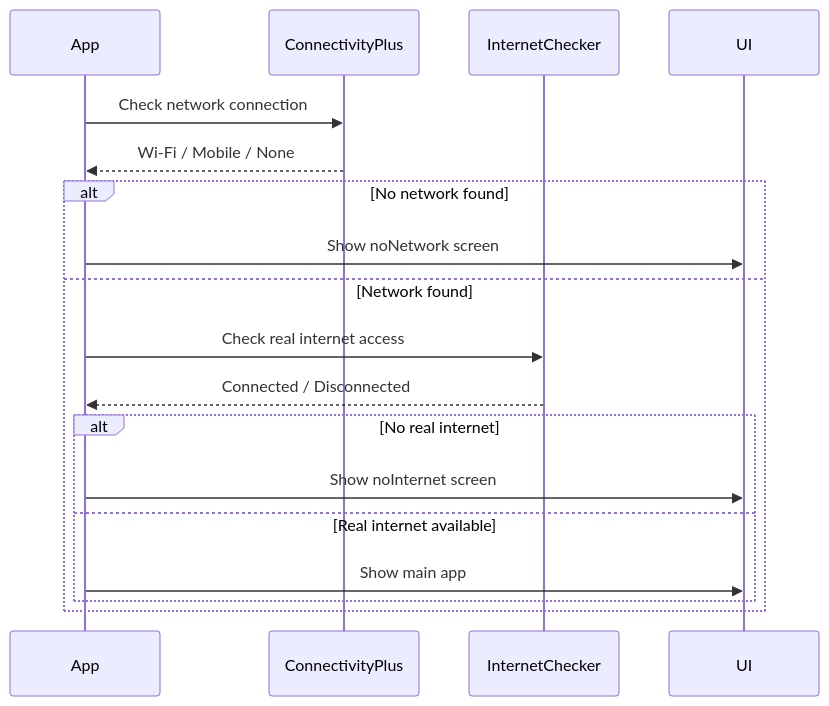
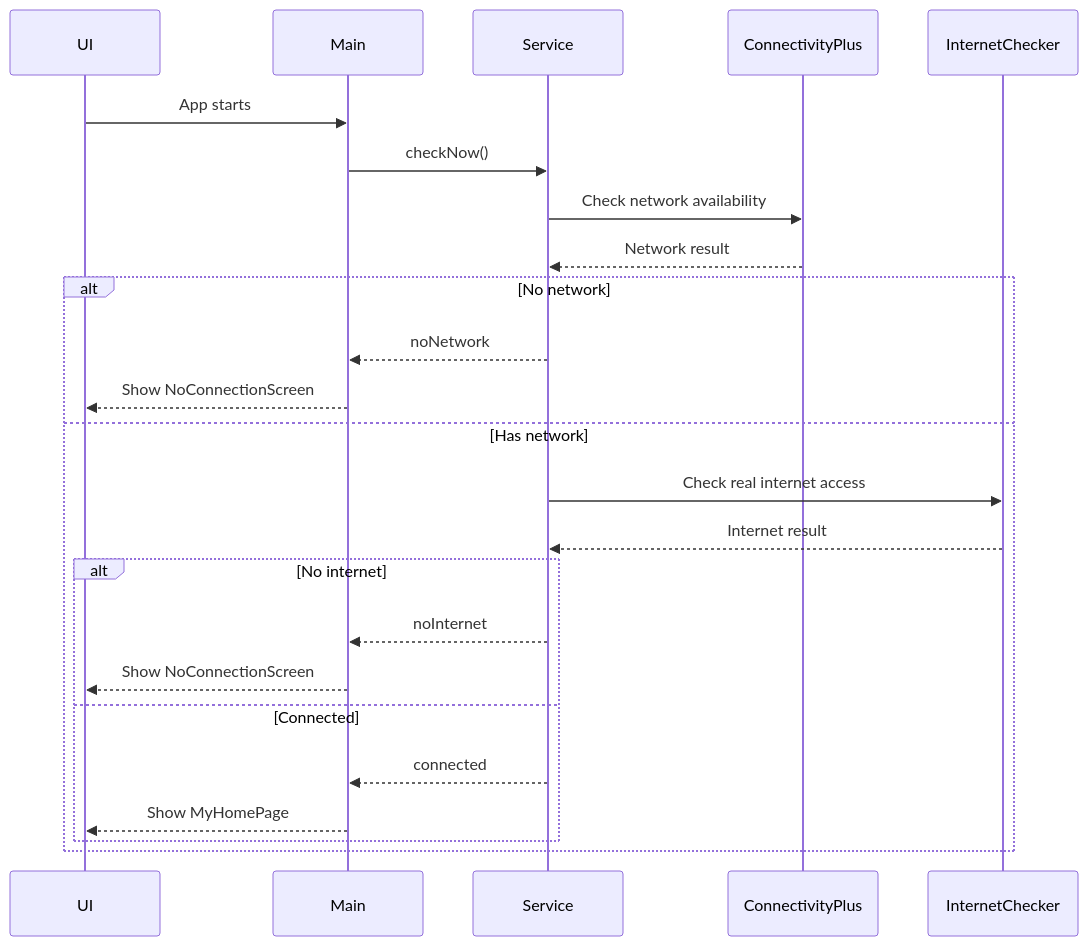
One commit to MOMEN56/connection_test changed the third of 3 diagrams in README.md. Above: the diagram before and after it, drawn with Mermaid. The commit also changed other lines of this file, not shown here.

First line of the commit message:
Update README for better clarity on connection UX

````diff
--- a/README.md
+++ b/README.md
@@ -224,23 +264,29 @@
 ```mermaid
 sequenceDiagram
-    participant App
+    participant UI
+    participant Main
+    participant Service
     participant ConnectivityPlus
     participant InternetChecker
-    participant UI
 
-    App->>ConnectivityPlus: Check network connection
-    ConnectivityPlus-->>App: Wi-Fi / Mobile / None
+    UI->>Main: App starts
+    Main->>Service: checkNow()
+    Service->>ConnectivityPlus: Check network availability
+    ConnectivityPlus-->>Service: Network result
 
-    alt No network found
-        App->>UI: Show noNetwork screen
-    else Network found
-        App->>InternetChecker: Check real internet access
-        InternetChecker-->>App: Connected / Disconnected
+    alt No network
+        Service-->>Main: noNetwork
+        Main-->>UI: Show NoConnectionScreen
+    else Has network
+        Service->>InternetChecker: Check real internet access
+        InternetChecker-->>Service: Internet result
 
-        alt No real internet
-            App->>UI: Show noInternet screen
-        else Real internet available
-            App->>UI: Show main app
+        alt No internet
+            Service-->>Main: noInternet
+            Main-->>UI: Show NoConnectionScreen
+        else Connected
+            Service-->>Main: connected
+            Main-->>UI: Show MyHomePage
         end
     end
 ```
````
